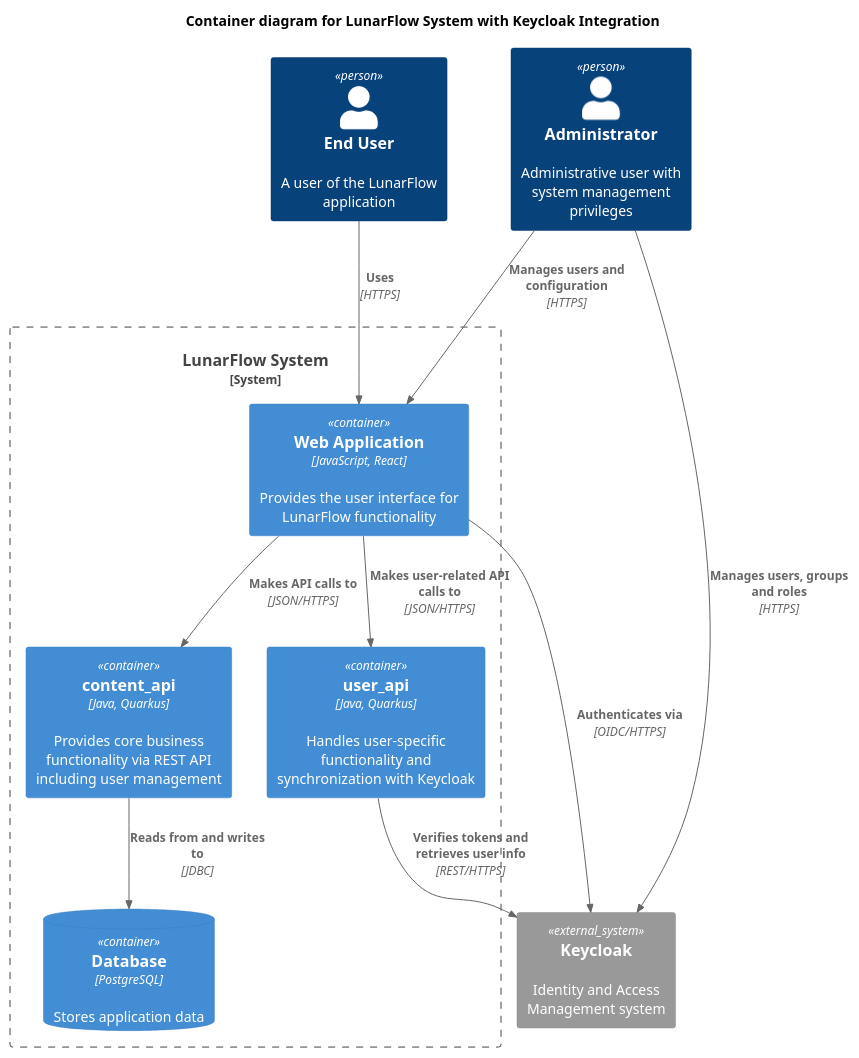
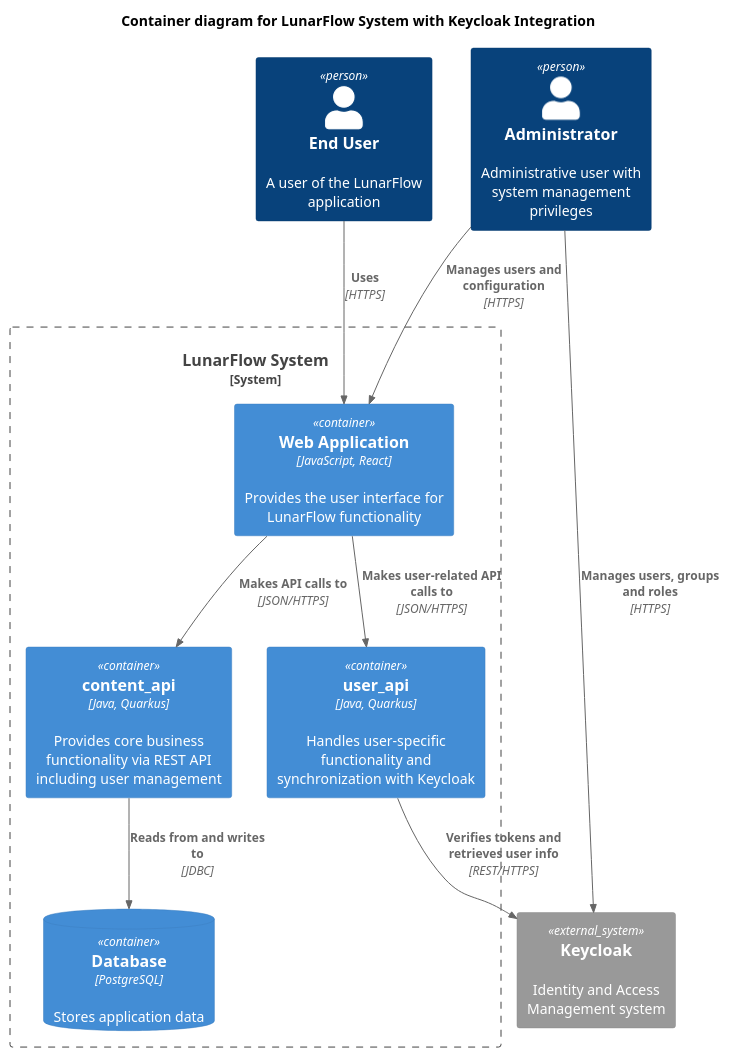
Before and after one commit to fontys-lunarflow/keycloak_integration: the diagram in c2.puml, drawn with PlantUML. The commit also changed 1 other file, not shown here.

Commit message:
Update diagrams

```diff
--- a/c2.puml
+++ b/c2.puml
@@ -1,34 +1,33 @@
 @startuml LunarFlow user_api C2 Diagram
 !include https://raw.githubusercontent.com/plantuml-stdlib/C4-PlantUML/master/C4_Container.puml
 
 title Container diagram for LunarFlow System with Keycloak Integration
 
 Person(endUser, "End User", "A user of the LunarFlow application")
 Person(adminUser, "Administrator", "Administrative user with system management privileges")
 
 System_Boundary(lunarFlowSystem, "LunarFlow System") {
     Container(webApp, "Web Application", "JavaScript, React", "Provides the user interface for LunarFlow functionality")
     
     Container(content_api, "content_api", "Java, Quarkus", "Provides core business functionality via REST API including user management")
     
     Container(user_api, "user_api", "Java, Quarkus", "Handles user-specific functionality and synchronization with Keycloak")
     
     ContainerDb(database, "Database", "PostgreSQL", "Stores application data")
 }
 
 System_Ext(keycloak, "Keycloak", "Identity and Access Management system")
 
 Rel(endUser, webApp, "Uses", "HTTPS")
 Rel(adminUser, webApp, "Manages users and configuration", "HTTPS")
 
 Rel(webApp, content_api, "Makes API calls to", "JSON/HTTPS")
 Rel(webApp, user_api, "Makes user-related API calls to", "JSON/HTTPS")
-Rel(webApp, keycloak, "Authenticates via", "OIDC/HTTPS")
 
 Rel(content_api, database, "Reads from and writes to", "JDBC")
 
 Rel(user_api, keycloak, "Verifies tokens and retrieves user info", "REST/HTTPS")
 
 Rel(adminUser, keycloak, "Manages users, groups and roles", "HTTPS")
 
 @enduml
```
